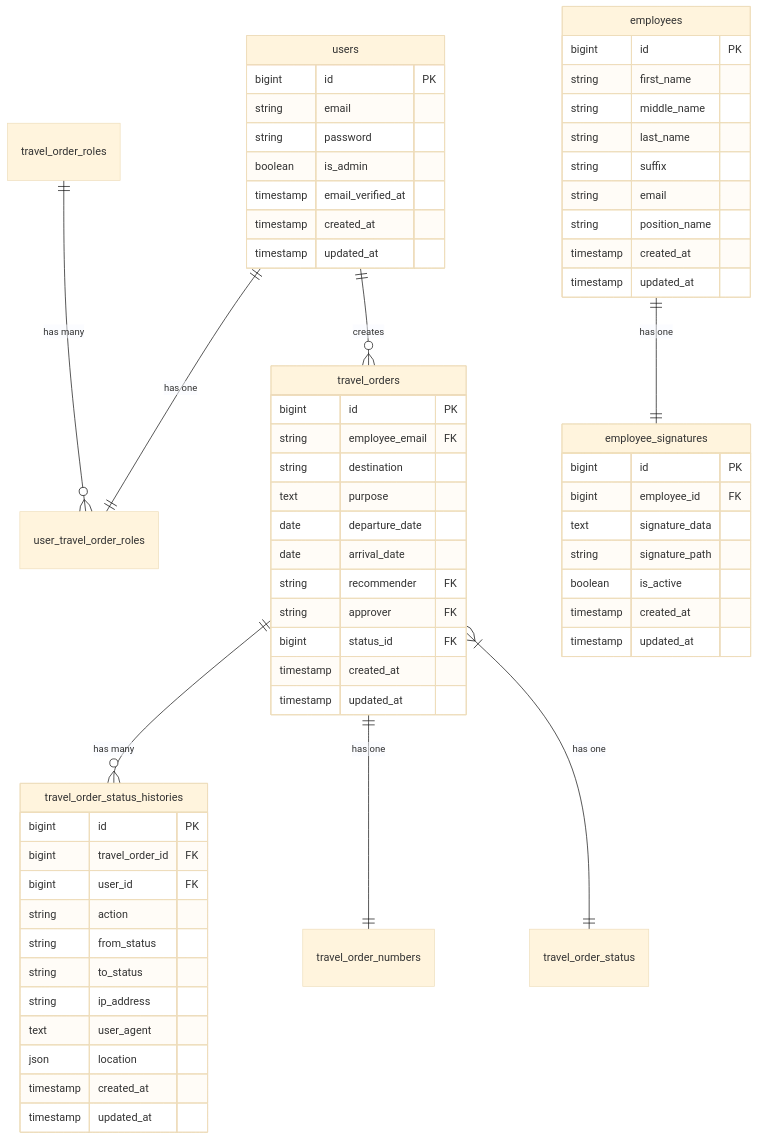
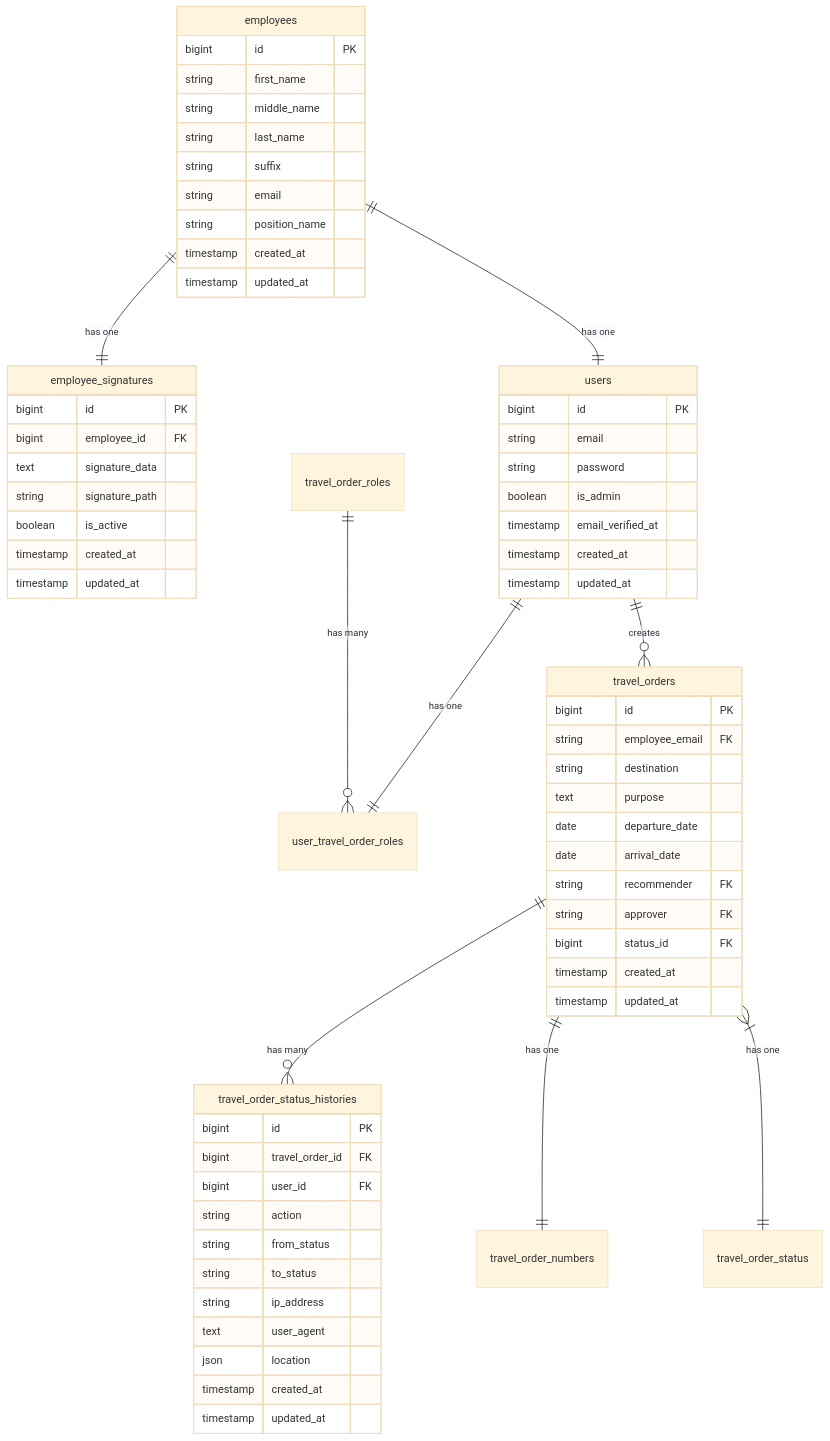
The diagram in database.md (brandon3sican/denr_travel_order), drawn with Mermaid (base theme) before and after one commit. The commit also changed other lines of this file, not shown here.

Commit message:
Database Schema Diagram: Employees-Users

````diff
--- a/database.md
+++ b/database.md
@@ -22,70 +22,71 @@
 ```mermaid
 erDiagram
     users ||--|| user_travel_order_roles : "has one"
     travel_order_roles ||--o{ user_travel_order_roles : "has many"
     users ||--o{ travel_orders : "creates"
     travel_orders ||--o{ travel_order_status_histories : "has many"
     travel_orders ||--|| travel_order_numbers : "has one"
     travel_orders }|--|| travel_order_status : "has one"
     employees ||--|| employee_signatures : "has one"
+    employees ||--|| users : "has one"
     
     users {
         bigint id PK
         string email
         string password
         boolean is_admin
         timestamp email_verified_at
         timestamp created_at
         timestamp updated_at
     }
     
     employees {
         bigint id PK
         string first_name
         string middle_name
         string last_name
         string suffix
         string email
         string position_name
         timestamp created_at
         timestamp updated_at
     }
     
     travel_orders {
         bigint id PK
         string employee_email FK
         string destination
         text purpose
         date departure_date
         date arrival_date
         string recommender FK
         string approver FK
         bigint status_id FK
         timestamp created_at
         timestamp updated_at
     }
     
     travel_order_status_histories {
         bigint id PK
         bigint travel_order_id FK
         bigint user_id FK
         string action
         string from_status
         string to_status
         string ip_address
         text user_agent
         json location
         timestamp created_at
         timestamp updated_at
     }
     
     employee_signatures {
         bigint id PK
         bigint employee_id FK
         text signature_data
         string signature_path
         boolean is_active
         timestamp created_at
         timestamp updated_at
     }
 ```
````
